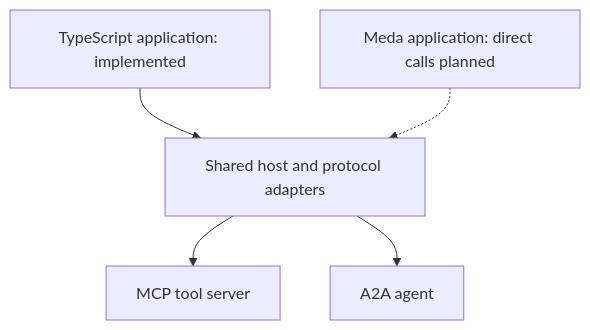
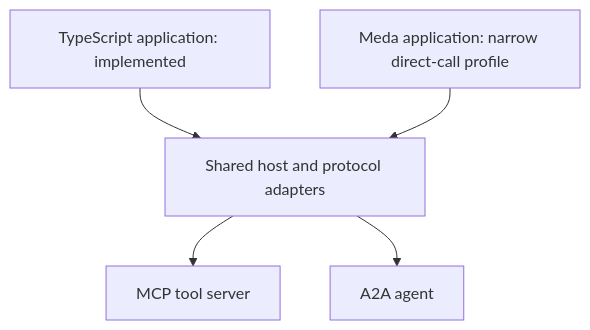
The diagram in README.md (meda-lang/meda), drawn with Mermaid before and after one commit. The commit also changed other lines of this file and 51 other files, not shown here.

Commit message:
Run direct Meda and TypeScript decision screen with retained evidence

````diff
--- a/README.md
+++ b/README.md
@@ -88,7 +88,7 @@
 ```mermaid
 flowchart TD
   TS["TypeScript application: implemented"] --> Host["Shared host and protocol adapters"]
-  Meda["Meda application: direct calls planned"] -.-> Host
+  Meda["Meda application: narrow direct-call profile"] --> Host
   Host --> MCP["MCP tool server"]
   Host --> A2A["A2A agent"]
 ```
````
